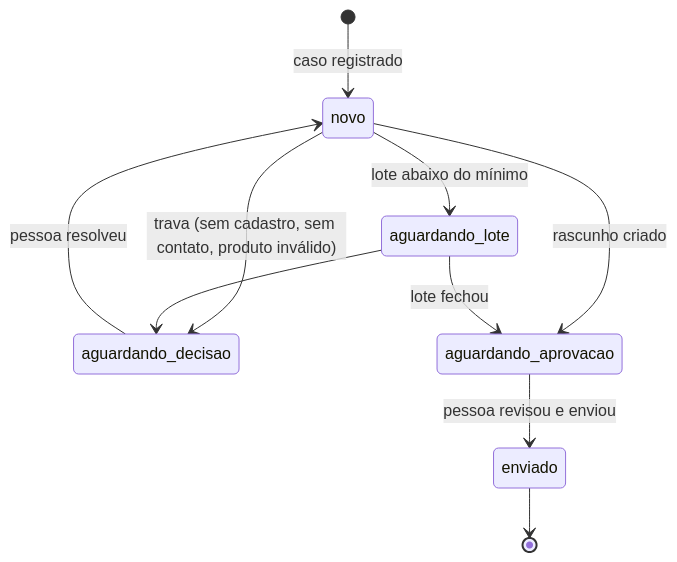
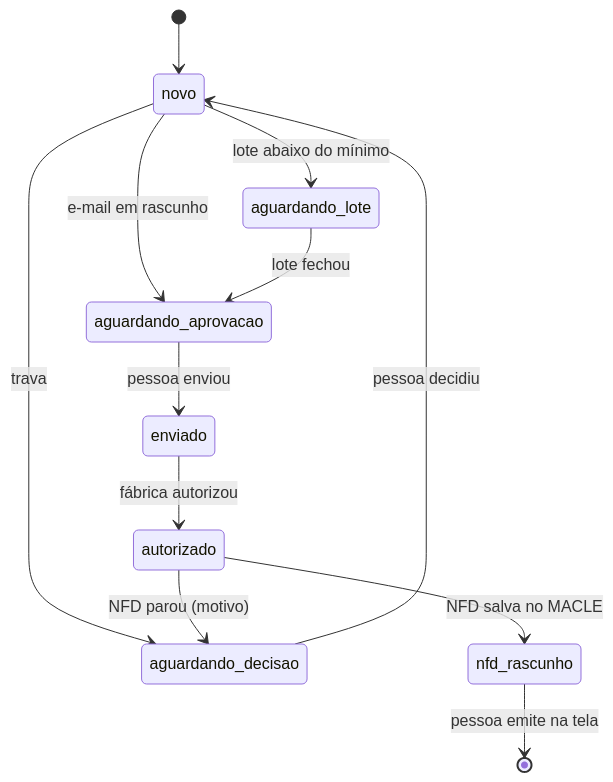
Before and after one commit to angelofonseca/automacao-devolucoes-macle: the second of 2 diagrams in README.md, drawn with Mermaid. The commit also changed other lines of this file and 34 other files, not shown here.

Commit message:
Integração com o ERP MACLE e rascunho da NFD

````diff
--- a/README.md
+++ b/README.md
@@ -96,12 +108,14 @@
 ```mermaid
 stateDiagram-v2
-    [*] --> novo: caso registrado
+    [*] --> novo
     novo --> aguardando_lote: lote abaixo do mínimo
-    novo --> aguardando_decisao: trava (sem cadastro, sem contato, produto inválido)
-    novo --> aguardando_aprovacao: rascunho criado
+    novo --> aguardando_decisao: trava
+    novo --> aguardando_aprovacao: e-mail em rascunho
     aguardando_lote --> aguardando_aprovacao: lote fechou
-    aguardando_lote --> aguardando_decisao
-    aguardando_decisao --> novo: pessoa resolveu
-    aguardando_aprovacao --> enviado: pessoa revisou e enviou
-    enviado --> [*]
+    aguardando_decisao --> novo: pessoa decidiu
+    aguardando_aprovacao --> enviado: pessoa enviou
+    enviado --> autorizado: fábrica autorizou
+    autorizado --> nfd_rascunho: NFD salva no MACLE
+    autorizado --> aguardando_decisao: NFD parou (motivo)
+    nfd_rascunho --> [*]: pessoa emite na tela
 ```
````
